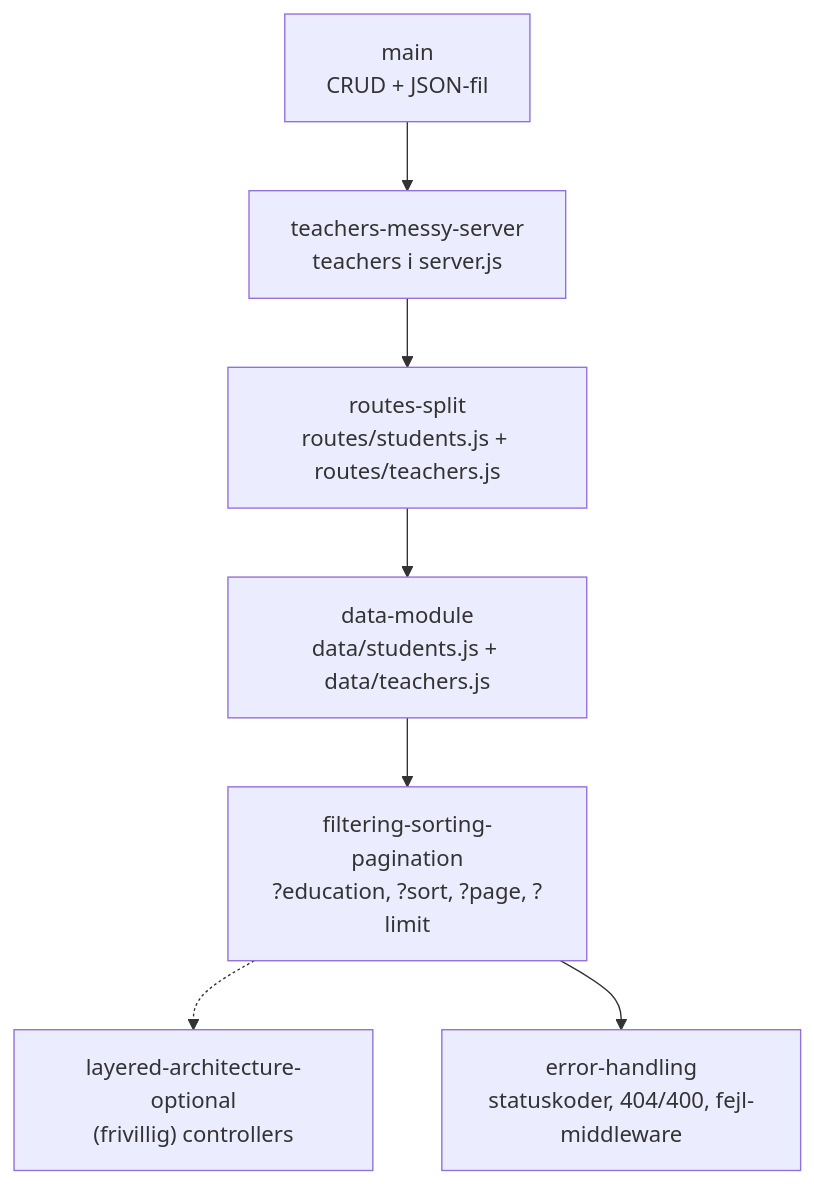
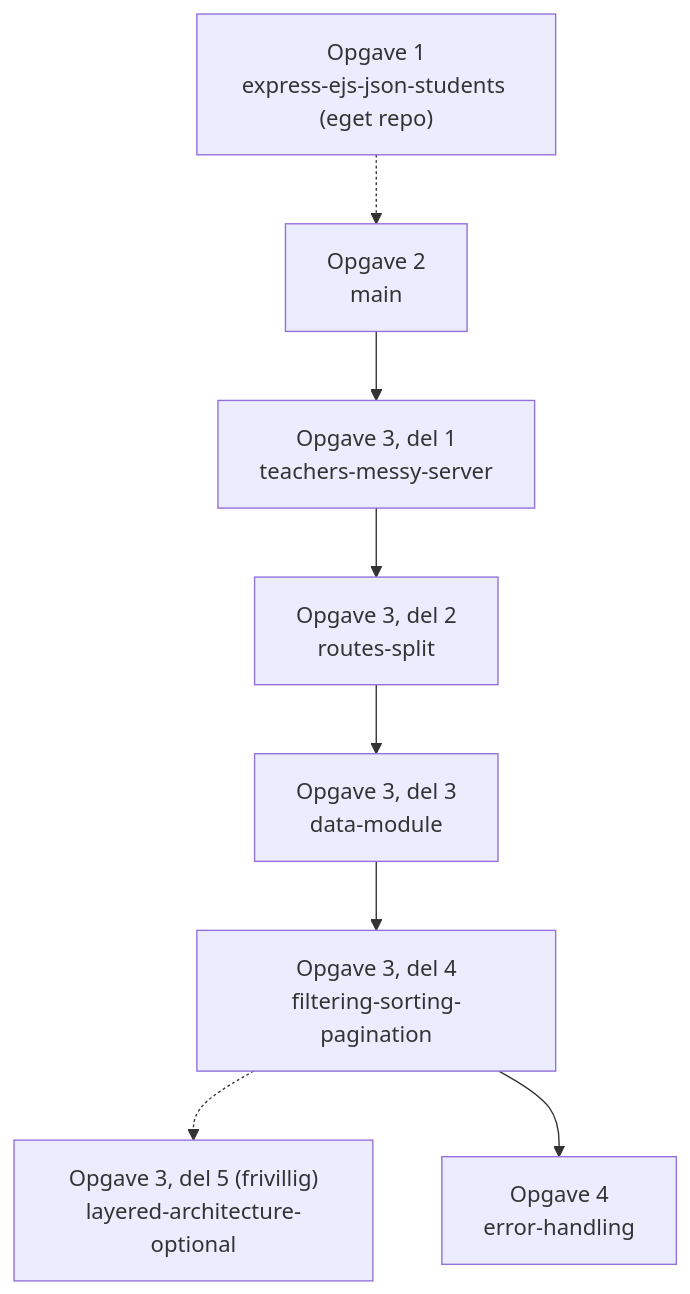
Before and after one commit to cederdorff/express-rest-api-students: the diagram in README.md, drawn with Mermaid. The commit also changed other lines of this file, not shown here.

Commit message:
Update README.md with detailed task and solution overview for students' assignments

````diff
--- a/README.md
+++ b/README.md
@@ -11,9 +30,10 @@
 ```mermaid
 flowchart TD
-    A["main<br/>CRUD + JSON-fil"] --> B["teachers-messy-server<br/>teachers i server.js"]
-    B --> C["routes-split<br/>routes/students.js + routes/teachers.js"]
-    C --> D["data-module<br/>data/students.js + data/teachers.js"]
-    D --> E["filtering-sorting-pagination<br/>?education, ?sort, ?page, ?limit"]
-    E -.-> F["layered-architecture-optional<br/>(frivillig) controllers"]
-    E --> G["error-handling<br/>statuskoder, 404/400, fejl-middleware"]
+    J["Opgave 1<br/>express-ejs-json-students (eget repo)"] -.-> A
+    A["Opgave 2<br/>main"] --> B["Opgave 3, del 1<br/>teachers-messy-server"]
+    B --> C["Opgave 3, del 2<br/>routes-split"]
+    C --> D["Opgave 3, del 3<br/>data-module"]
+    D --> E["Opgave 3, del 4<br/>filtering-sorting-pagination"]
+    E -.-> F["Opgave 3, del 5 (frivillig)<br/>layered-architecture-optional"]
+    E --> G["Opgave 4<br/>error-handling"]
 ```
````
